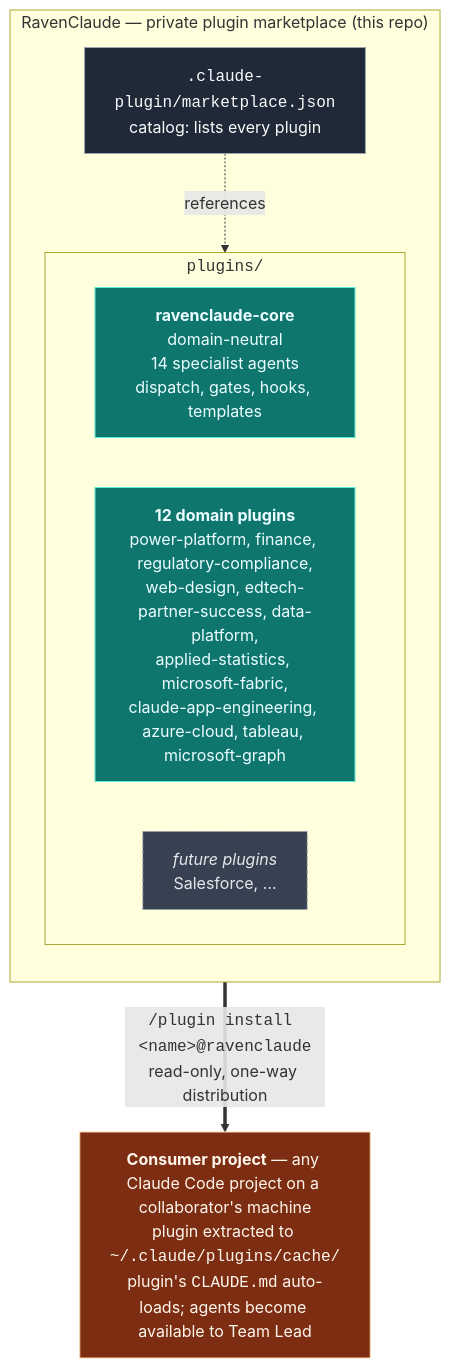
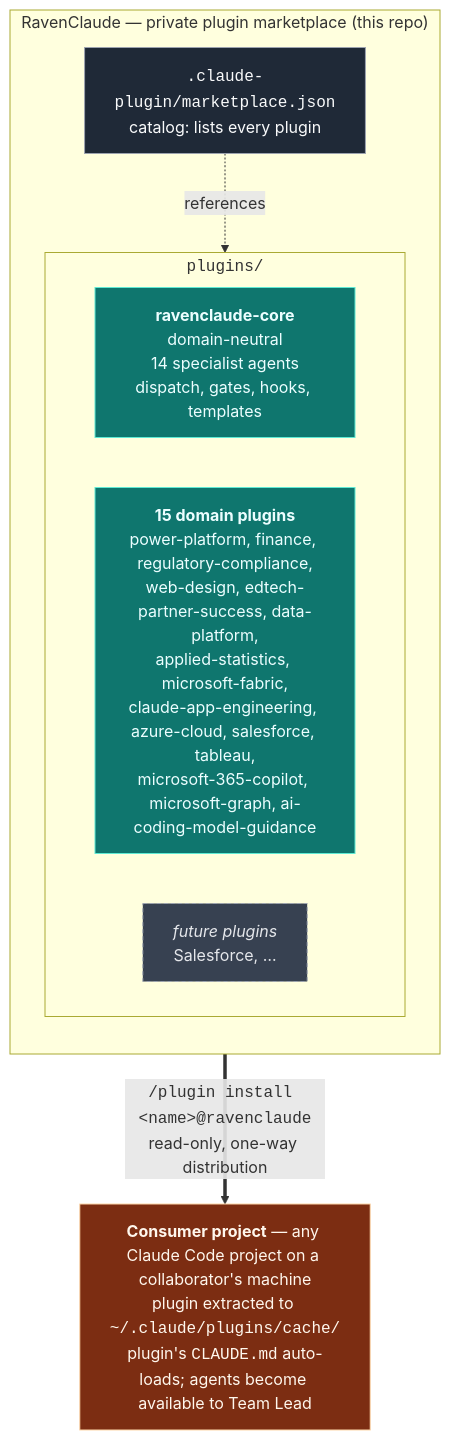
One commit to mcorbett51090/RavenClaude changed the diagram in docs/architecture.md. Above: the diagram before and after it, drawn with Mermaid. The commit also changed other lines of this file and 1 other file, not shown here.

First line of the commit message:
docs: fix stale roster counts in architecture.md + README (Workstream C, docs half)

````diff
--- a/docs/architecture.md
+++ b/docs/architecture.md
@@ -11,27 +11,27 @@
 ```mermaid
 flowchart TB
     subgraph marketplace["RavenClaude — private plugin marketplace (this repo)"]
         direction TB
         catalog["<code>.claude-plugin/marketplace.json</code><br/>catalog: lists every plugin"]
         subgraph plugindir["<code>plugins/</code>"]
             direction LR
             core["<b>ravenclaude-core</b><br/>domain-neutral<br/>14 specialist agents<br/>dispatch, gates, hooks, templates"]
-            domains["<b>12 domain plugins</b><br/>power-platform, finance, regulatory-compliance,<br/>web-design, edtech-partner-success, data-platform,<br/>applied-statistics, microsoft-fabric,<br/>claude-app-engineering, azure-cloud, tableau, microsoft-graph"]
+            domains["<b>15 domain plugins</b><br/>power-platform, finance, regulatory-compliance,<br/>web-design, edtech-partner-success, data-platform,<br/>applied-statistics, microsoft-fabric,<br/>claude-app-engineering, azure-cloud, salesforce, tableau,<br/>microsoft-365-copilot, microsoft-graph, ai-coding-model-guidance"]
             future["<i>future plugins</i><br/>Salesforce, …"]
         end
         catalog -.->|references| plugindir
     end
 
     consumer["<b>Consumer project</b> — any Claude Code project on a collaborator's machine<br/>plugin extracted to <code>~/.claude/plugins/cache/</code><br/>plugin's <code>CLAUDE.md</code> auto-loads; agents become available to Team Lead"]
 
     marketplace ==>|"<code>/plugin install &lt;name&gt;@ravenclaude</code><br/>read-only, one-way distribution"| consumer
 
     classDef hub fill:#1f2937,stroke:#9ca3af,color:#f9fafb
     classDef plugin fill:#0f766e,stroke:#5eead4,color:#ecfeff
     classDef future fill:#374151,stroke:#9ca3af,color:#e5e7eb,stroke-dasharray: 4 3
     classDef consumer fill:#7c2d12,stroke:#fed7aa,color:#fff7ed
     class catalog hub
     class core,domains plugin
     class future future
     class consumer consumer
 ```
````
